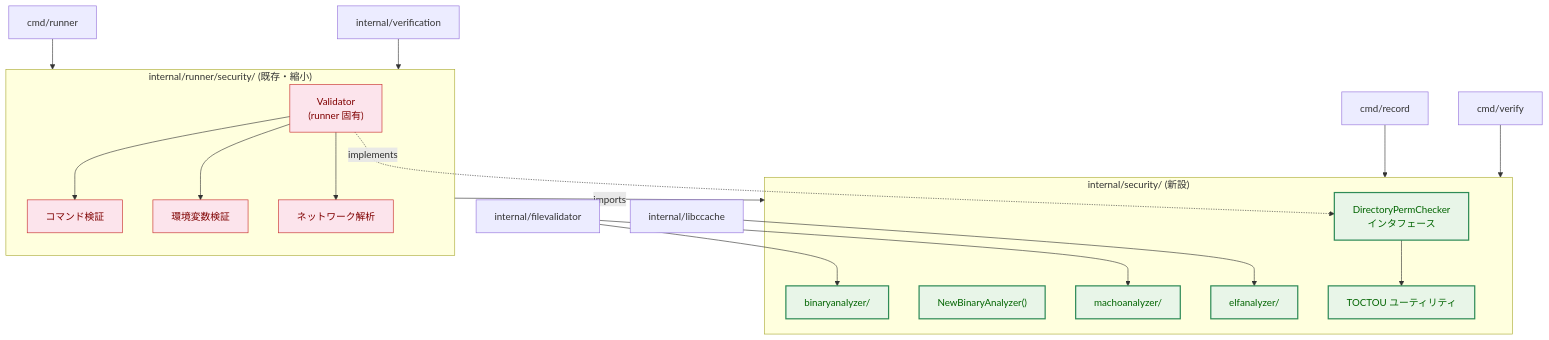
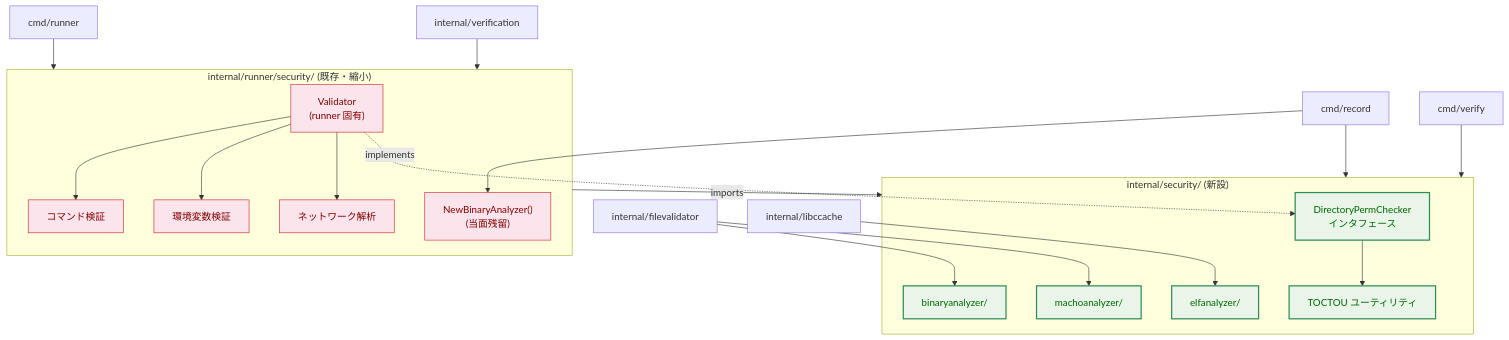
One commit to isseis/go-safe-cmd-runner changed the first of 9 diagrams in docs/tasks/0113_security_package_restructure/02_architecture.md. Above: the diagram before and after it, drawn with Mermaid. The commit also changed other lines of this file and 2 other files, not shown here.

````diff
--- a/docs/tasks/0113_security_package_restructure/02_architecture.md
+++ b/docs/tasks/0113_security_package_restructure/02_architecture.md
@@ -14,41 +14,42 @@
 ```mermaid
 flowchart TD
     classDef data fill:#e6f7ff,stroke:#1f77b4,stroke-width:1px,color:#0b3d91;
     classDef process fill:#fff1e6,stroke:#ff7f0e,stroke-width:1px,color:#8a3e00;
     classDef newpkg fill:#e8f5e8,stroke:#2e8b57,stroke-width:2px,color:#006400;
     classDef runner fill:#fce4ec,stroke:#c62828,stroke-width:1px,color:#7f0000;
 
     subgraph new ["internal/security/ (新設)"]
         S1["DirectoryPermChecker<br>インタフェース"]
         S2["TOCTOU ユーティリティ"]
-        S3["NewBinaryAnalyzer()"]
         S4["binaryanalyzer/"]
         S5["elfanalyzer/"]
         S6["machoanalyzer/"]
         S1 --> S2
     end
 
     subgraph runner ["internal/runner/security/ (既存・縮小)"]
         R1["Validator<br>(runner 固有)"]
+        R5["NewBinaryAnalyzer()<br>(当面残留)"]
         R2["コマンド検証"]
         R3["環境変数検証"]
         R4["ネットワーク解析"]
         R1 --> R2
         R1 --> R3
         R1 --> R4
     end
 
     R1 -.->|"implements"| S1
     runner -->|"imports"| new
 
     CMD_R["cmd/record"] --> new
+    CMD_R --> R5
     CMD_V["cmd/verify"] --> new
     CMD_RUN["cmd/runner"] --> runner
     FV["internal/filevalidator"] --> S4
     FV --> S6
     LC["internal/libccache"] --> S5
     VER["internal/verification"] --> runner
 
-    class S1,S2,S3,S4,S5,S6 newpkg;
-    class R1,R2,R3,R4 runner;
+    class S1,S2,S4,S5,S6 newpkg;
+    class R1,R2,R3,R4,R5 runner;
 ```
````
